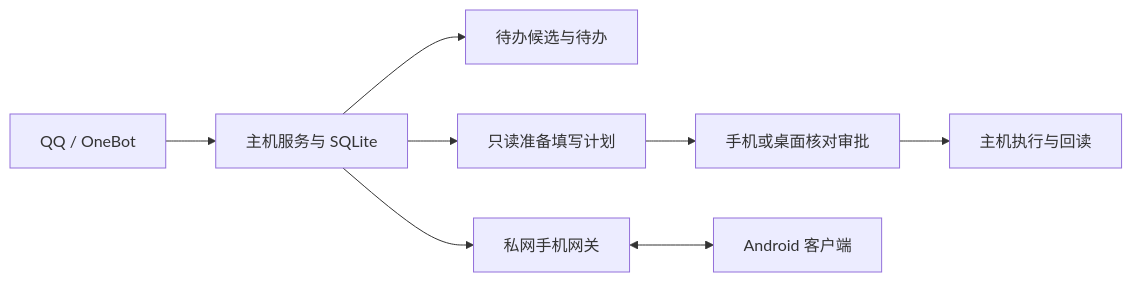
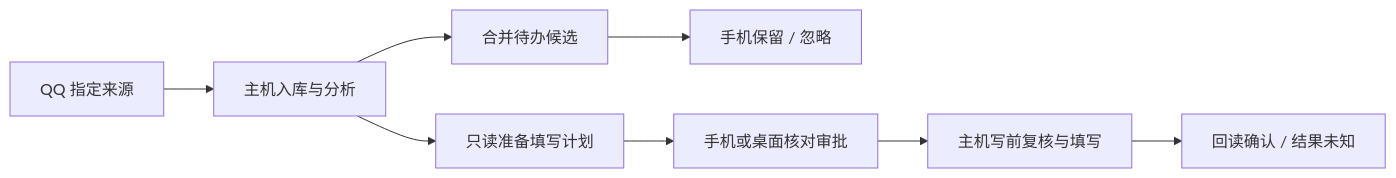
One commit to luojie286/Campus_Desk changed the diagram in README.md. Above: the diagram before and after it, drawn with Mermaid. The commit also changed other lines of this file and 9 other files, not shown here.

````diff
--- a/README.md
+++ b/README.md
@@ -23,10 +84,10 @@
 ```mermaid
 flowchart LR
-    Q[QQ / OneBot] --> H[主机服务与 SQLite]
-    H --> T[待办候选与待办]
+    Q[QQ 指定来源] --> H[主机入库与分析]
+    H --> T[合并待办候选]
+    T --> K[手机保留 / 忽略]
     H --> P[只读准备填写计划]
     P --> A[手机或桌面核对审批]
-    A --> W[主机执行与回读]
-    H --> G[私网手机网关]
-    G <--> M[Android 客户端]
+    A --> W[主机写前复核与填写]
+    W --> V[回读确认 / 结果未知]
 ```
````
